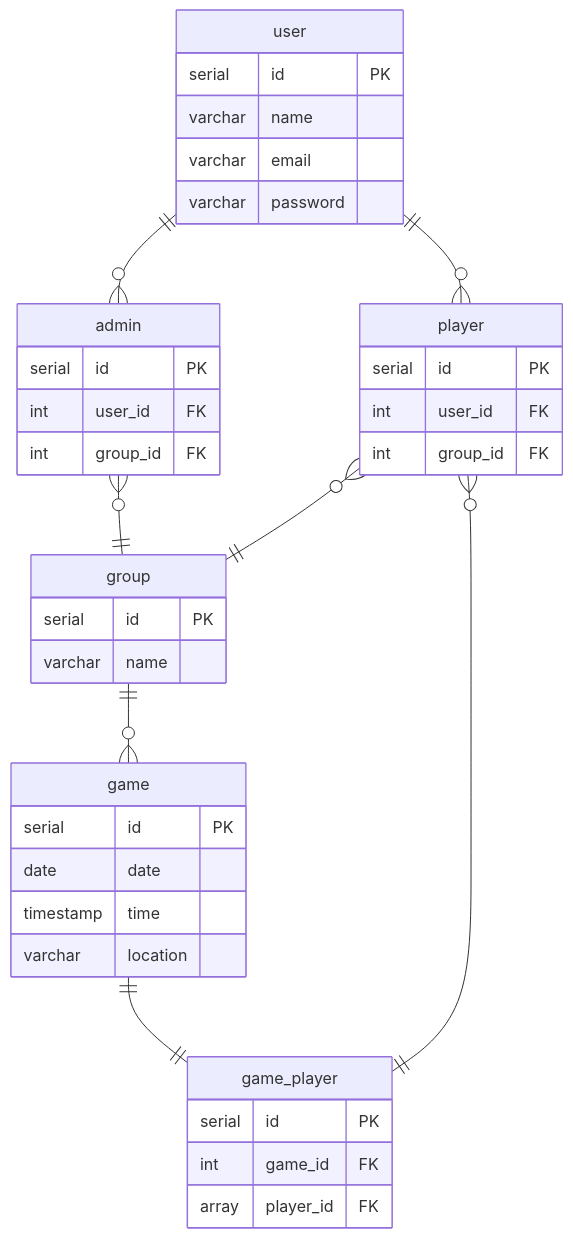
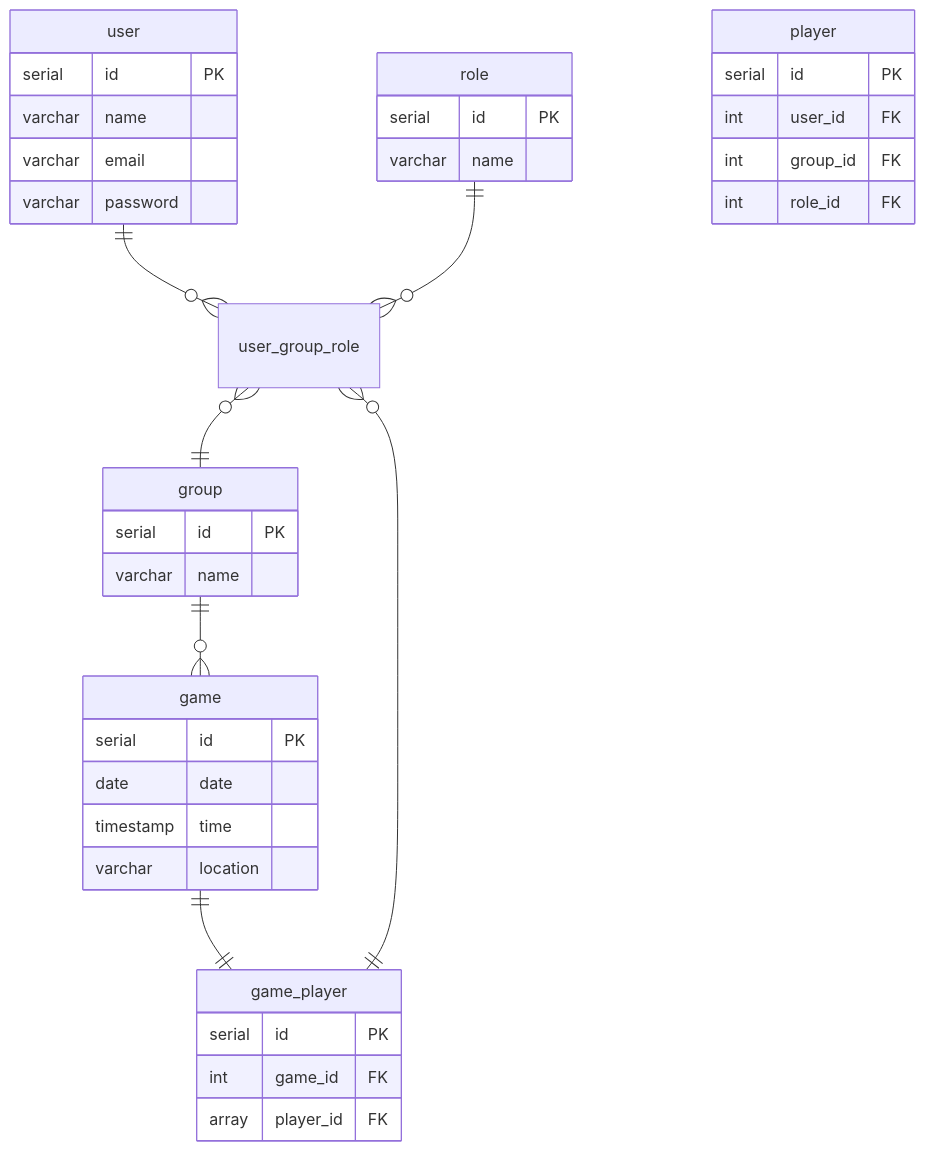
Before and after one commit to MichaelM9/5-A-Side-Organiser: the second of 2 diagrams in README.md, drawn with Mermaid. The commit also changed other lines of this file, not shown here.

Commit message:
Update ERD

````diff
--- a/README.md
+++ b/README.md
@@ -50,42 +49,41 @@
 ```mermaid
 erDiagram
-user ||--o{ admin : ""
-user ||--o{ player : ""
-admin }o--|| group : ""
-player }o--|| group : ""
+user ||--o{ user_group_role : ""
+role ||--o{ user_group_role: ""
+user_group_role }o--|| group : ""
 group ||--o{ game : ""
 game ||--|| game_player : ""
-player }o--|| game_player : ""
+user_group_role }o--|| game_player : ""
 
 user {
     serial id PK
     varchar name
     varchar email
     varchar password
 }
-admin {
+role {
     serial id PK
-    int user_id FK
-    int group_id FK
+    varchar name
 }
 player {
     serial id PK
     int user_id FK
     int group_id FK
+    int role_id FK
 }
 group {
     serial id PK
     varchar name
 }
 game {
     serial id PK
     date date
     timestamp time
     varchar location
 }
 game_player {
     serial id PK
     int game_id FK
     array player_id FK
 }
 ```
````
